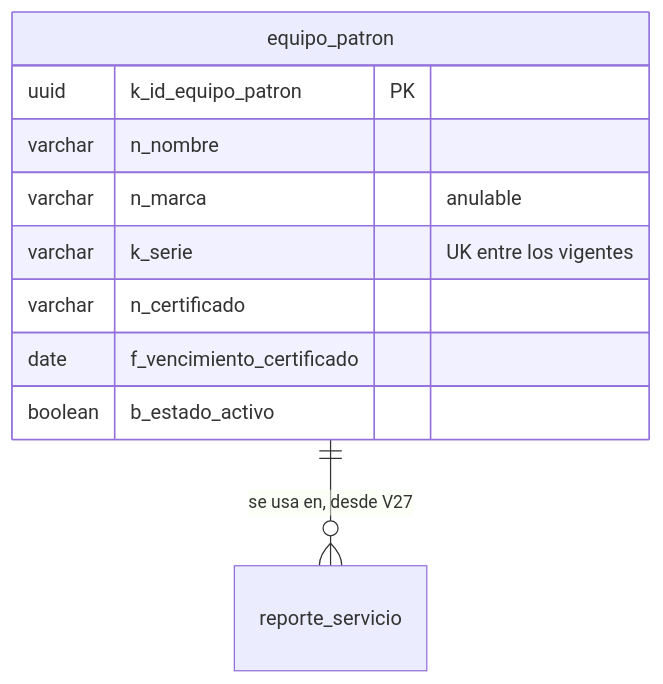
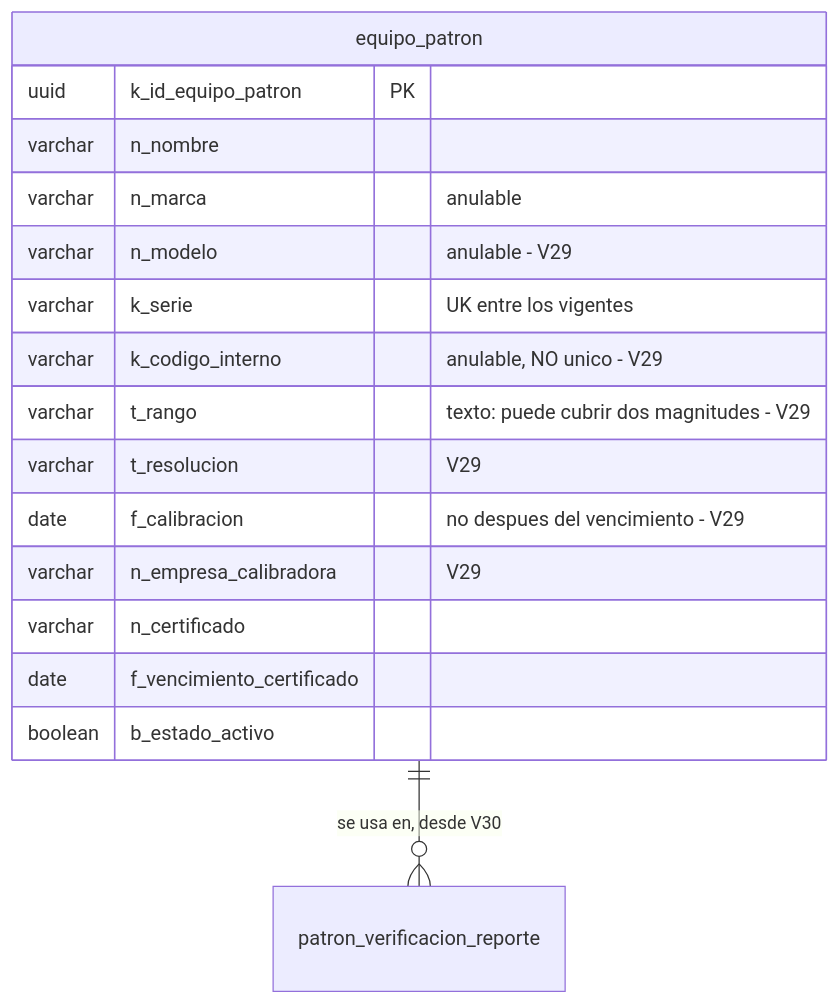
The seventh of 10 diagrams in SecondBrain/wiki/base-de-datos/esquema-bd-malphasos.md (SeanBol222/MalphasOs), drawn with Mermaid before and after one commit. The commit also changed other lines of this file and 12 other files, not shown here.

````diff
--- a/SecondBrain/wiki/base-de-datos/esquema-bd-malphasos.md
+++ b/SecondBrain/wiki/base-de-datos/esquema-bd-malphasos.md
@@ -468,13 +495,19 @@
 ```mermaid
 erDiagram
-    equipo_patron ||--o{ reporte_servicio : "se usa en, desde V27"
+    equipo_patron ||--o{ patron_verificacion_reporte : "se usa en, desde V30"
     equipo_patron {
         uuid k_id_equipo_patron PK
         varchar n_nombre
         varchar n_marca "anulable"
+        varchar n_modelo "anulable - V29"
         varchar k_serie "UK entre los vigentes"
+        varchar k_codigo_interno "anulable, NO unico - V29"
+        varchar t_rango "texto: puede cubrir dos magnitudes - V29"
+        varchar t_resolucion "V29"
+        date f_calibracion "no despues del vencimiento - V29"
+        varchar n_empresa_calibradora "V29"
         varchar n_certificado
         date f_vencimiento_certificado
         boolean b_estado_activo
     }
 ```
````
